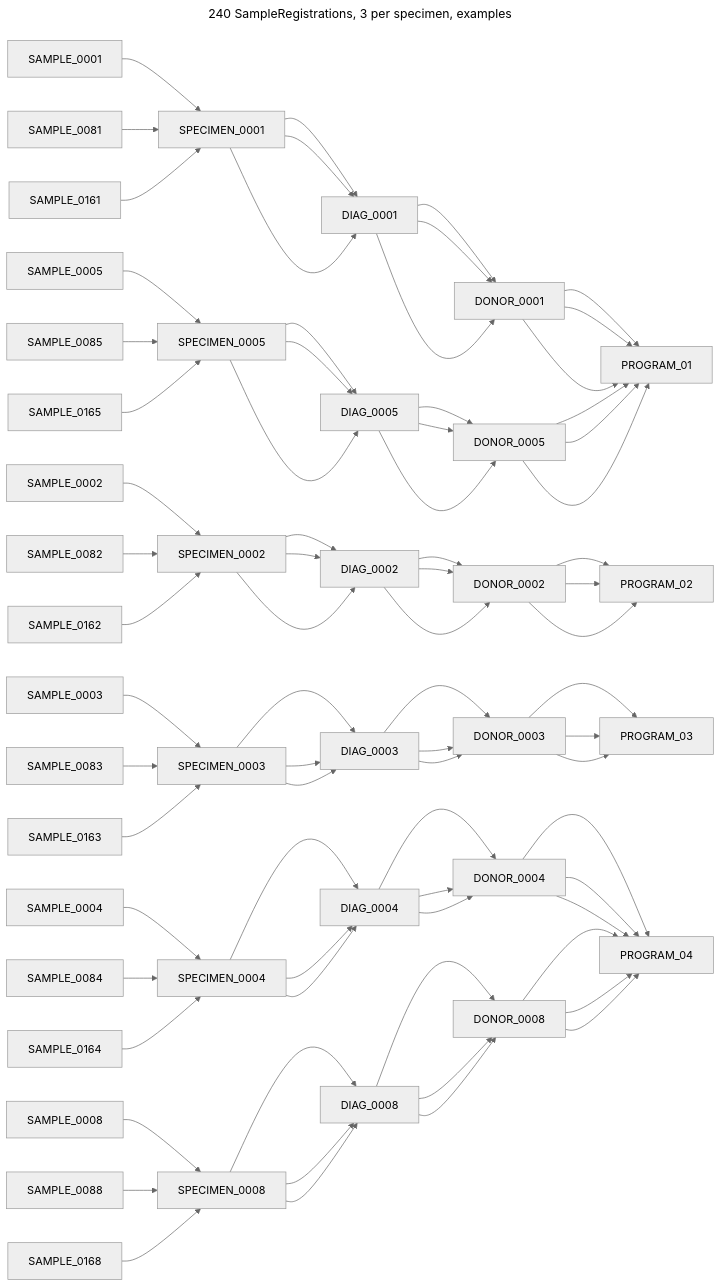
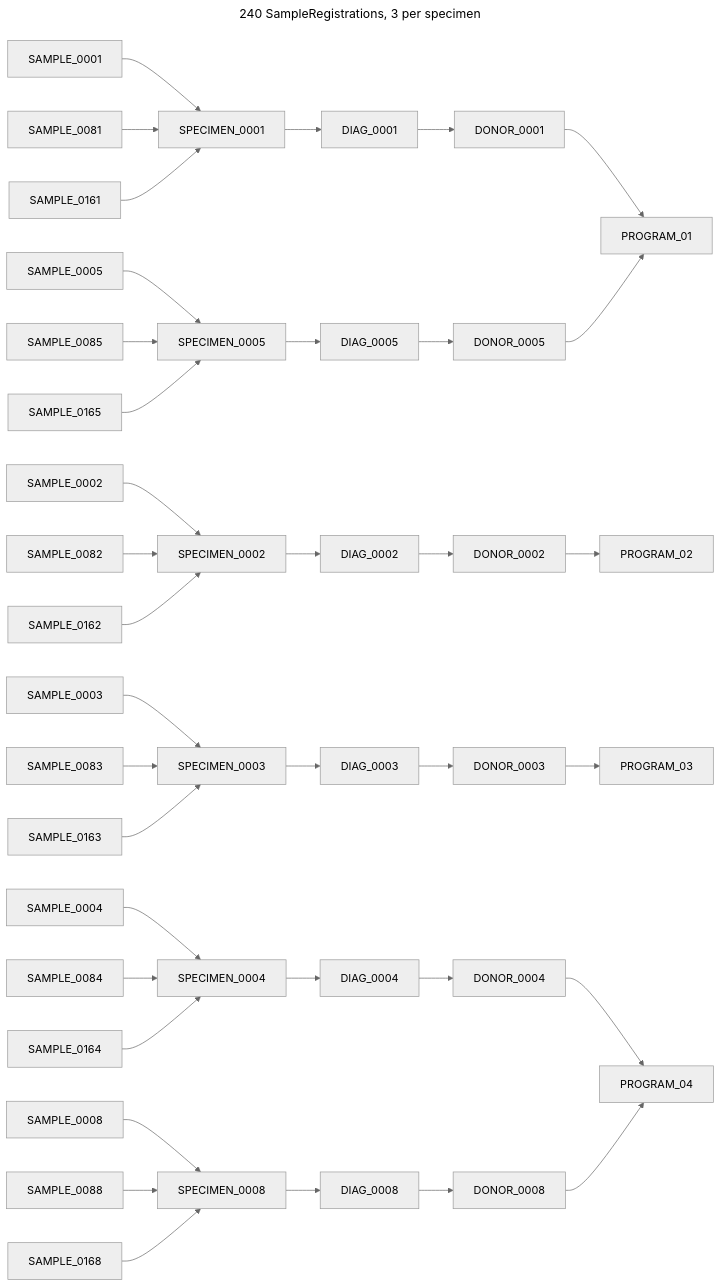
One commit to CanDIG/katsu changed the fourth of 13 diagrams in chord_metadata_service/mohpackets/data/small_dataset/README.md. Above: the diagram before and after it, drawn with Mermaid (neutral theme). The commit also changed other lines of this file, not shown here.

Commit message:
adjust sample graph

````diff
--- a/chord_metadata_service/mohpackets/data/small_dataset/README.md
+++ b/chord_metadata_service/mohpackets/data/small_dataset/README.md
@@ -66,24 +64,30 @@
 ```mermaid
 ---
-title: 240 SampleRegistrations, 3 per specimen, examples
+title: 240 SampleRegistrations, 3 per specimen
 ---
 graph LR;  
-  SAMPLE_0001--> SPECIMEN_0001 --> DIAG_0001 --> DONOR_0001 --> PROGRAM_01;  
-  SAMPLE_0081--> SPECIMEN_0001 --> DIAG_0001 --> DONOR_0001 --> PROGRAM_01;  
-  SAMPLE_0161--> SPECIMEN_0001 --> DIAG_0001 --> DONOR_0001 --> PROGRAM_01;  
-  SAMPLE_0005--> SPECIMEN_0005 --> DIAG_0005 --> DONOR_0005 --> PROGRAM_01;  
-  SAMPLE_0085--> SPECIMEN_0005 --> DIAG_0005 --> DONOR_0005 --> PROGRAM_01;  
-  SAMPLE_0165--> SPECIMEN_0005 --> DIAG_0005 --> DONOR_0005 --> PROGRAM_01;  
-  SAMPLE_0002--> SPECIMEN_0002 --> DIAG_0002 --> DONOR_0002 --> PROGRAM_02;  
-  SAMPLE_0082--> SPECIMEN_0002 --> DIAG_0002 --> DONOR_0002 --> PROGRAM_02;  
-  SAMPLE_0162--> SPECIMEN_0002 --> DIAG_0002 --> DONOR_0002 --> PROGRAM_02;  
-  SAMPLE_0003--> SPECIMEN_0003 --> DIAG_0003 --> DONOR_0003 --> PROGRAM_03;  
-  SAMPLE_0083--> SPECIMEN_0003 --> DIAG_0003 --> DONOR_0003 --> PROGRAM_03;  
-  SAMPLE_0163--> SPECIMEN_0003 --> DIAG_0003 --> DONOR_0003 --> PROGRAM_03;  
-  SAMPLE_0004--> SPECIMEN_0004 --> DIAG_0004 --> DONOR_0004 --> PROGRAM_04;
-  SAMPLE_0084--> SPECIMEN_0004 --> DIAG_0004 --> DONOR_0004 --> PROGRAM_04;
-  SAMPLE_0164--> SPECIMEN_0004 --> DIAG_0004 --> DONOR_0004 --> PROGRAM_04;
-  SAMPLE_0008--> SPECIMEN_0008 --> DIAG_0008 --> DONOR_0008 --> PROGRAM_04;
-  SAMPLE_0088--> SPECIMEN_0008 --> DIAG_0008 --> DONOR_0008 --> PROGRAM_04;
-  SAMPLE_0168--> SPECIMEN_0008 --> DIAG_0008 --> DONOR_0008 --> PROGRAM_04;
+  SPECIMEN_0001 --> DIAG_0001 --> DONOR_0001 --> PROGRAM_01;  
+  SPECIMEN_0005 --> DIAG_0005 --> DONOR_0005 --> PROGRAM_01;  
+  SPECIMEN_0002 --> DIAG_0002 --> DONOR_0002 --> PROGRAM_02;  
+  SPECIMEN_0003 --> DIAG_0003 --> DONOR_0003 --> PROGRAM_03;  
+  SPECIMEN_0004 --> DIAG_0004 --> DONOR_0004 --> PROGRAM_04;
+  SPECIMEN_0008 --> DIAG_0008 --> DONOR_0008 --> PROGRAM_04;
+  SAMPLE_0001--> SPECIMEN_0001; 
+  SAMPLE_0081--> SPECIMEN_0001;  
+  SAMPLE_0161--> SPECIMEN_0001;  
+  SAMPLE_0005--> SPECIMEN_0005;  
+  SAMPLE_0085--> SPECIMEN_0005;  
+  SAMPLE_0165--> SPECIMEN_0005;  
+  SAMPLE_0002--> SPECIMEN_0002;  
+  SAMPLE_0082--> SPECIMEN_0002;  
+  SAMPLE_0162--> SPECIMEN_0002;  
+  SAMPLE_0003--> SPECIMEN_0003;  
+  SAMPLE_0083--> SPECIMEN_0003;  
+  SAMPLE_0163--> SPECIMEN_0003;  
+  SAMPLE_0004--> SPECIMEN_0004;
+  SAMPLE_0084--> SPECIMEN_0004;
+  SAMPLE_0164--> SPECIMEN_0004;
+  SAMPLE_0008--> SPECIMEN_0008;
+  SAMPLE_0088--> SPECIMEN_0008;
+  SAMPLE_0168--> SPECIMEN_0008;
 ```
````
